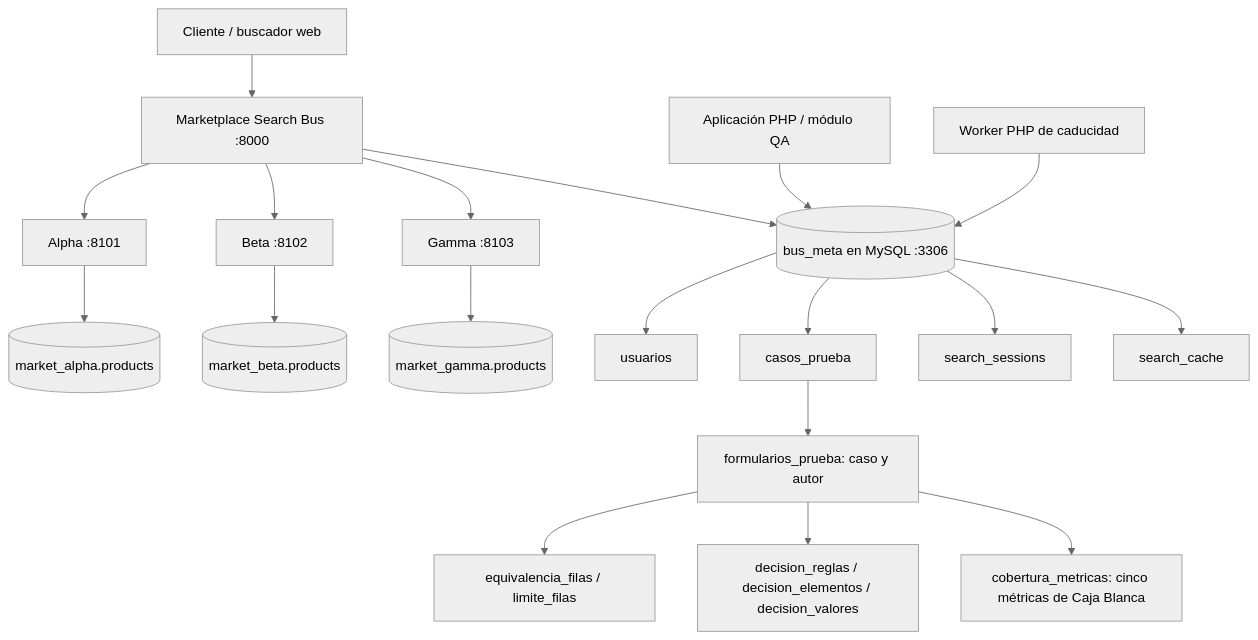
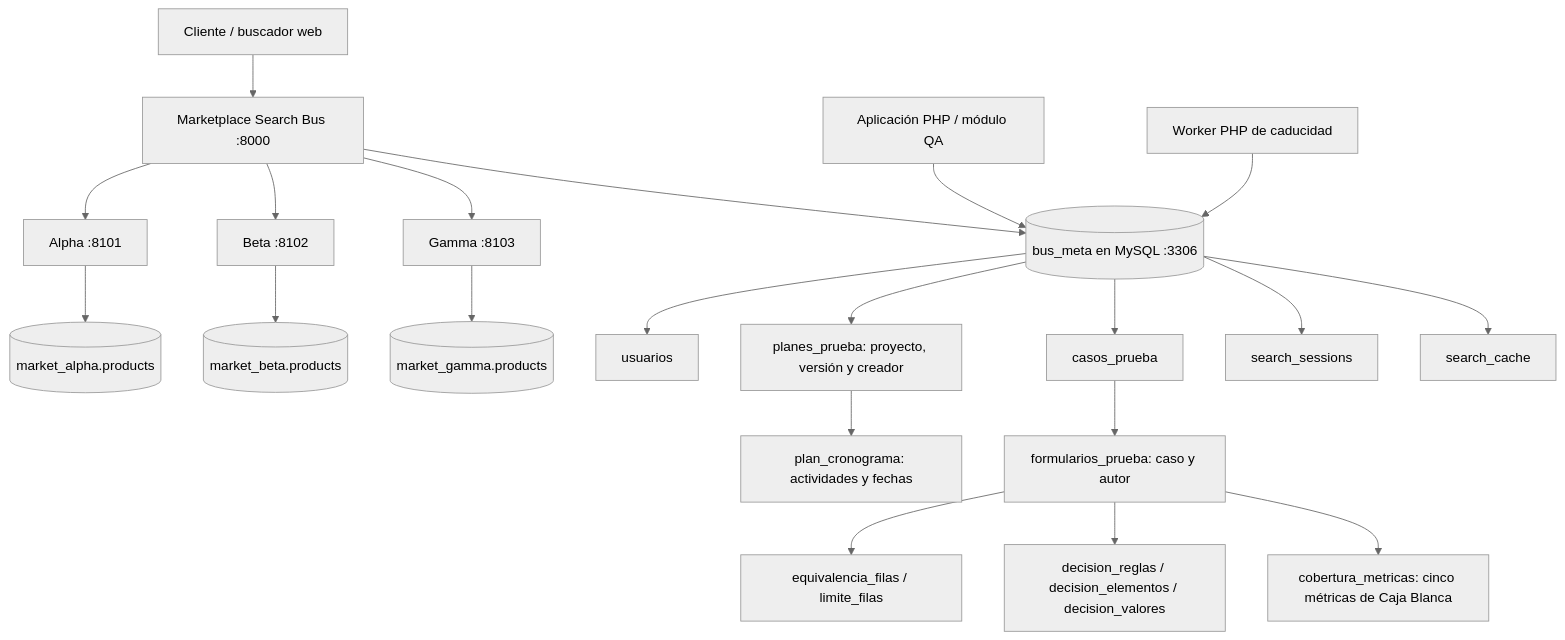
Before and after one commit to jrod-md/ISA3-P: the diagram in docs/architecture.md, drawn with Mermaid (neutral theme). The commit also changed other lines of this file and 26 other files, not shown here.

````diff
--- a/docs/architecture.md
+++ b/docs/architecture.md
@@ -3,21 +3,23 @@
 ```mermaid
 flowchart TD
     Cliente[Cliente / buscador web] --> Bus[Marketplace Search Bus :8000]
     Bus --> Alpha[Alpha :8101]
     Bus --> Beta[Beta :8102]
     Bus --> Gamma[Gamma :8103]
     Alpha --> MA[(market_alpha.products)]
     Beta --> MB[(market_beta.products)]
     Gamma --> MG[(market_gamma.products)]
     Bus --> Meta[(bus_meta en MySQL :3306)]
     QA[Aplicación PHP / módulo QA] --> Meta
     Meta --> U[usuarios]
     Meta --> C[casos_prueba]
+    Meta --> P[planes_prueba: proyecto, versión y creador]
+    P --> PC[plan_cronograma: actividades y fechas]
     C --> F[formularios_prueba: caso y autor]
     F --> E[equivalencia_filas / limite_filas]
     F --> D[decision_reglas / decision_elementos / decision_valores]
     F --> CB[cobertura_metricas: cinco métricas de Caja Blanca]
     Meta --> S[search_sessions]
     Meta --> K[search_cache]
     Worker[Worker PHP de caducidad] --> Meta
 ```
````
